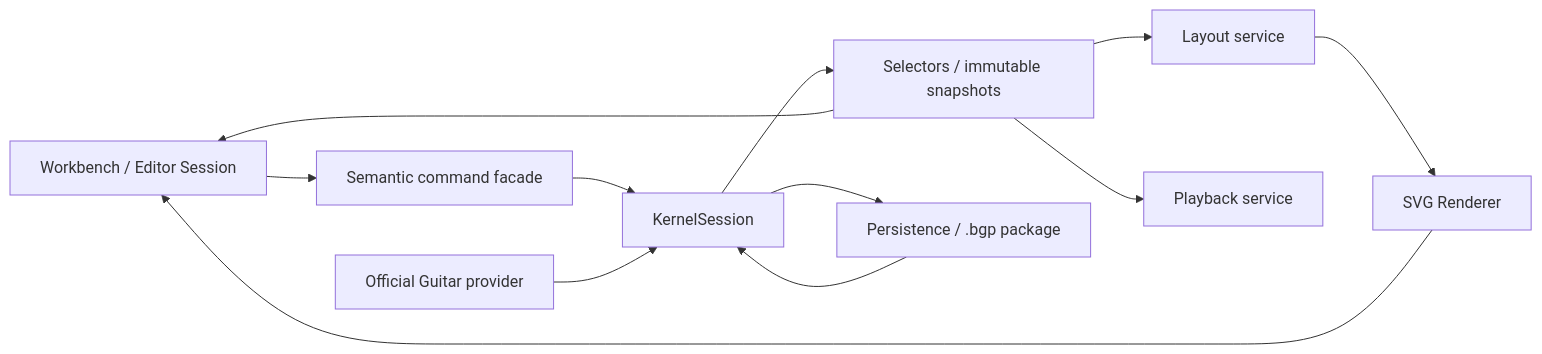
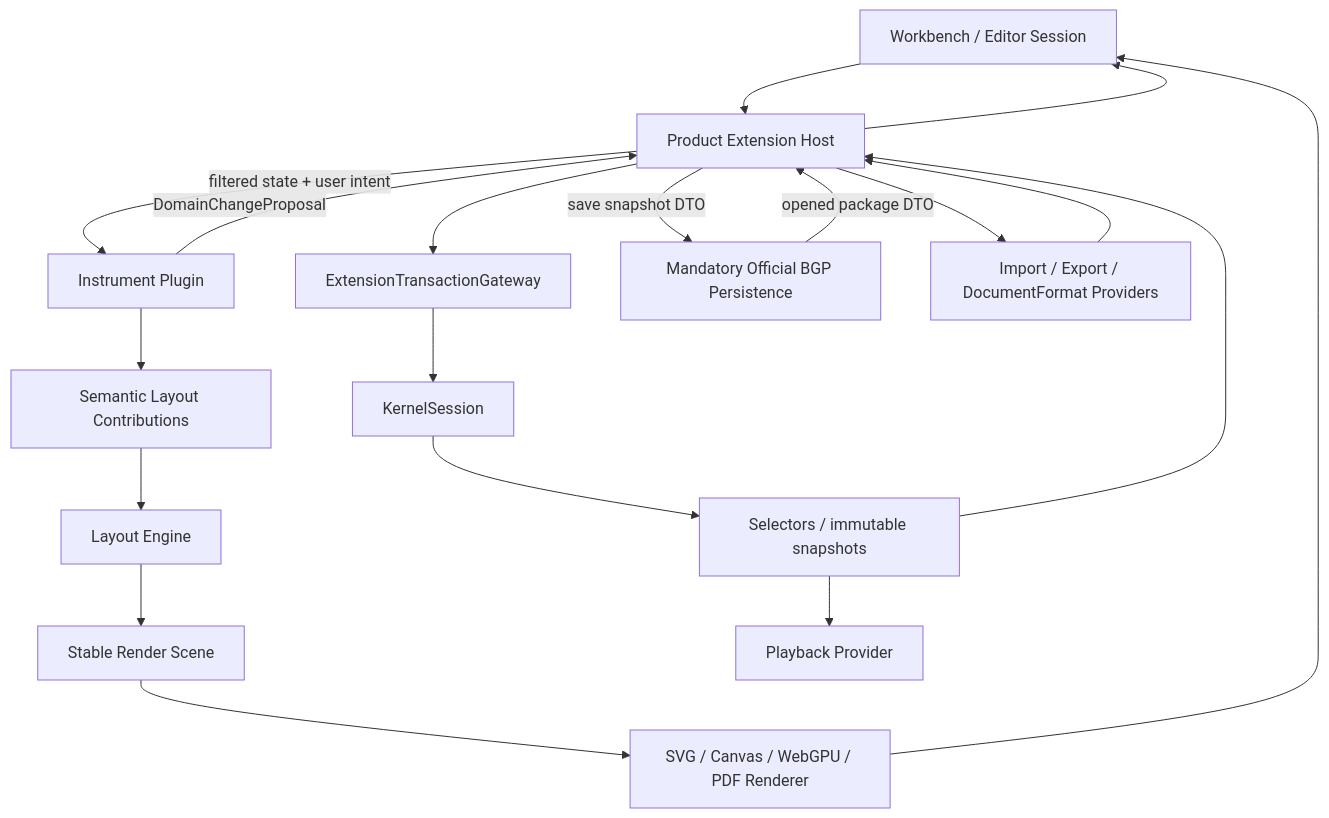
One commit to FFFAKKK/Brilliant-Guitar changed the sixth of 6 diagrams in .trellis/tasks/08-16-brilliant-guitar-architecture-reset-v2/design.md. Above: the diagram before and after it, drawn with Mermaid. The commit also changed other lines of this file and 10 other files, not shown here.

Commit message:
docs(architecture): repair plugin runtime semantics

````diff
--- a/.trellis/tasks/08-16-brilliant-guitar-architecture-reset-v2/design.md
+++ b/.trellis/tasks/08-16-brilliant-guitar-architecture-reset-v2/design.md
@@ -555,20 +736,29 @@
 ```mermaid
-flowchart LR
+flowchart TB
     Workbench["Workbench / Editor Session"]
-    Commands["Semantic command facade"]
+    Host["Product Extension Host"]
+    Instrument["Instrument Plugin"]
+    Gateway["ExtensionTransactionGateway"]
     Session["KernelSession"]
     Selectors["Selectors / immutable snapshots"]
-    Guitar["Official Guitar provider"]
-    Layout["Layout service"]
-    Render["SVG Renderer"]
-    Playback["Playback service"]
-    Persistence["Persistence / .bgp package"]
+    LayoutIntent["Semantic Layout Contributions"]
+    Layout["Layout Engine"]
+    Scene["Stable Render Scene"]
+    Renderers["SVG / Canvas / WebGPU / PDF Renderer"]
+    Playback["Playback Provider"]
+    BGP["Mandatory Official BGP Persistence"]
+    Formats["Import / Export / DocumentFormat Providers"]
 
-    Workbench --> Commands --> Session
-    Session --> Selectors --> Workbench
-    Guitar --> Session
-    Selectors --> Layout --> Render --> Workbench
+    Workbench --> Host
+    Host -->|filtered state + user intent| Instrument
+    Instrument -->|DomainChangeProposal| Host
+    Host --> Gateway --> Session
+    Session --> Selectors --> Host
+    Host --> Workbench
+    Instrument --> LayoutIntent --> Layout --> Scene --> Renderers --> Workbench
     Selectors --> Playback
-    Persistence --> Session
-    Session --> Persistence
+    Host -->|save snapshot DTO| BGP
+    BGP -->|opened package DTO| Host
+    Host --> Formats
+    Formats --> Host
 ```
````
